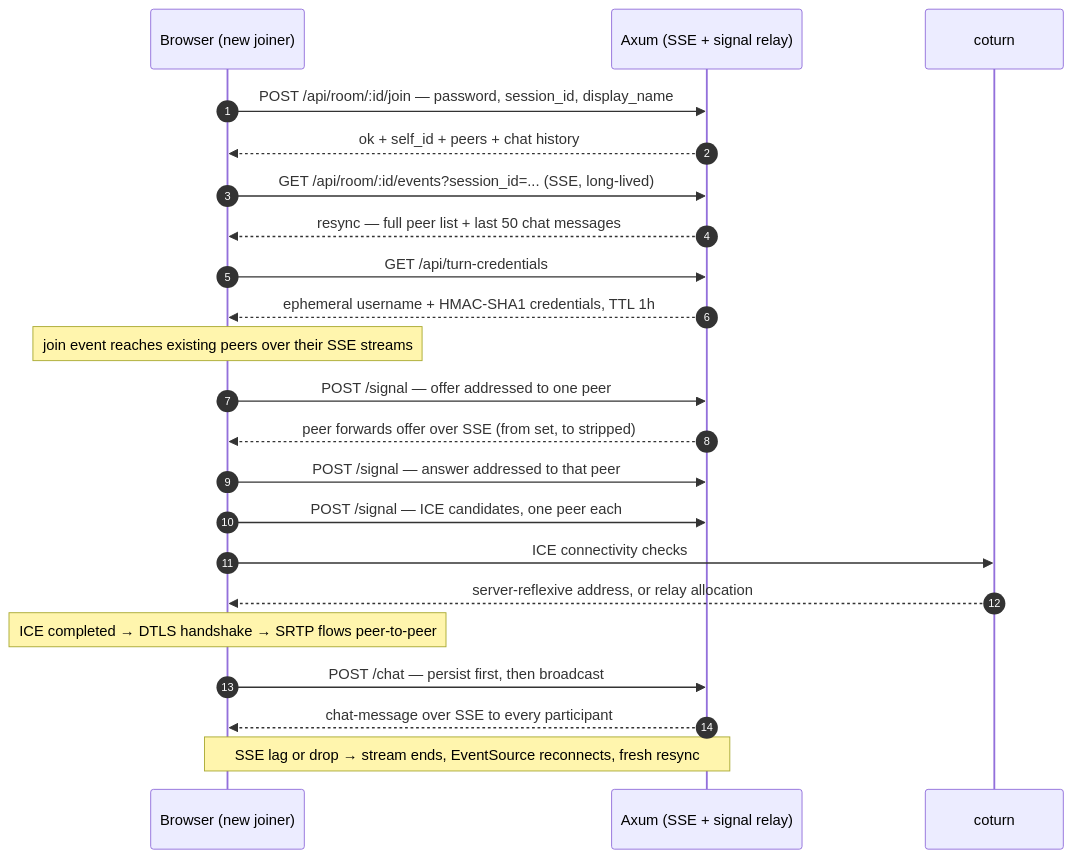
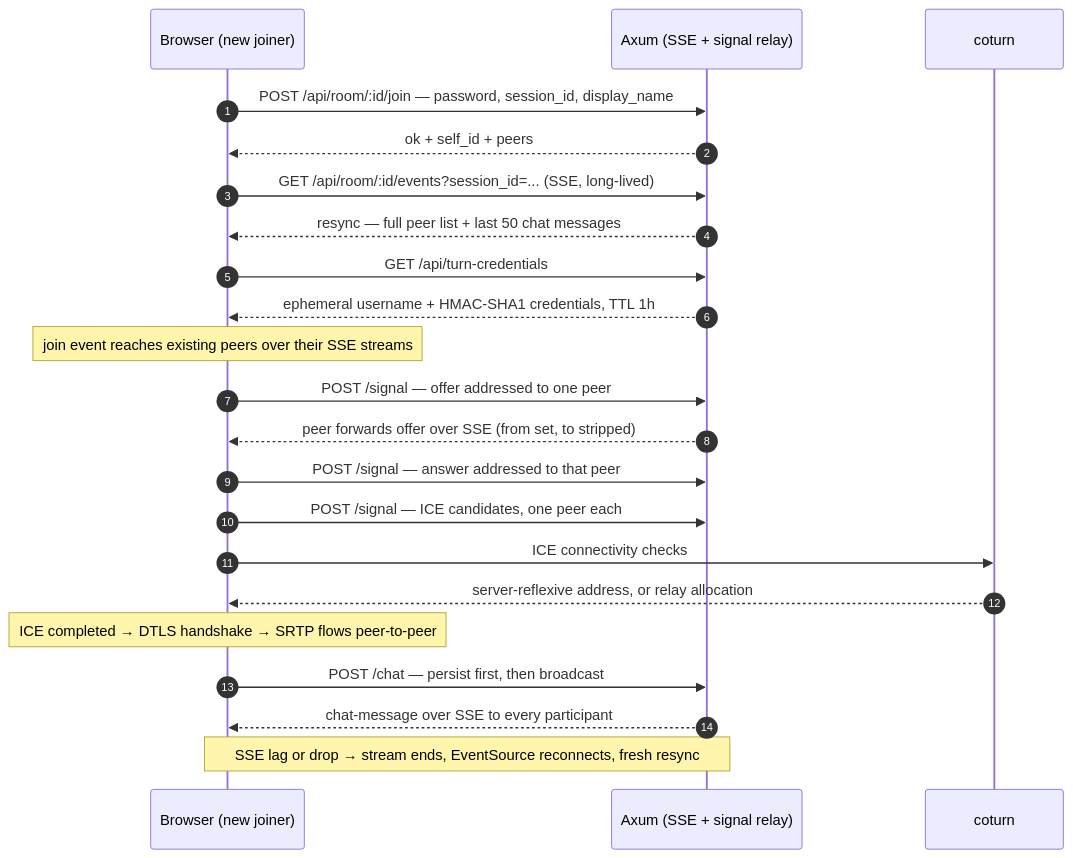
One commit to druppy/pico-rtc changed the second of 2 diagrams in README.md. Above: the diagram before and after it, drawn with Mermaid. The commit also changed 13 other files, not shown here.

````diff
--- a/README.md
+++ b/README.md
@@ -101,31 +101,31 @@
 ```mermaid
 sequenceDiagram
     autonumber
     participant B as Browser (new joiner)
     participant A as Axum (SSE + signal relay)
     participant T as coturn
 
     B->>A: POST /api/room/:id/join — password, session_id, display_name
-    A-->>B: ok + self_id + peers + chat history
+    A-->>B: ok + self_id + peers
     B->>A: GET /api/room/:id/events?session_id=... (SSE, long-lived)
     A-->>B: resync — full peer list + last 50 chat messages
     B->>A: GET /api/turn-credentials
     A-->>B: ephemeral username + HMAC-SHA1 credentials, TTL 1h
 
     Note over B: join event reaches existing peers over their SSE streams
 
     B->>A: POST /signal — offer addressed to one peer
     A-->>B: peer forwards offer over SSE (from set, to stripped)
     B->>A: POST /signal — answer addressed to that peer
     B->>A: POST /signal — ICE candidates, one peer each
 
     B->>T: ICE connectivity checks
     T-->>B: server-reflexive address, or relay allocation
 
     Note over B: ICE completed → DTLS handshake → SRTP flows peer-to-peer
 
     B->>A: POST /chat — persist first, then broadcast
     A-->>B: chat-message over SSE to every participant
 
     Note over A,B: SSE lag or drop → stream ends, EventSource reconnects, fresh resync
 ```
````
